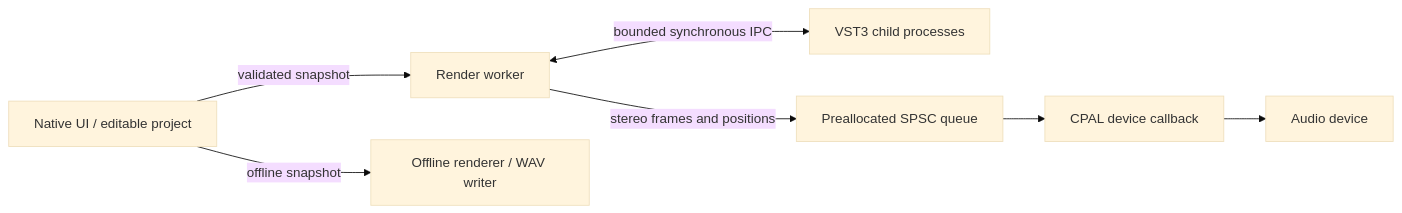
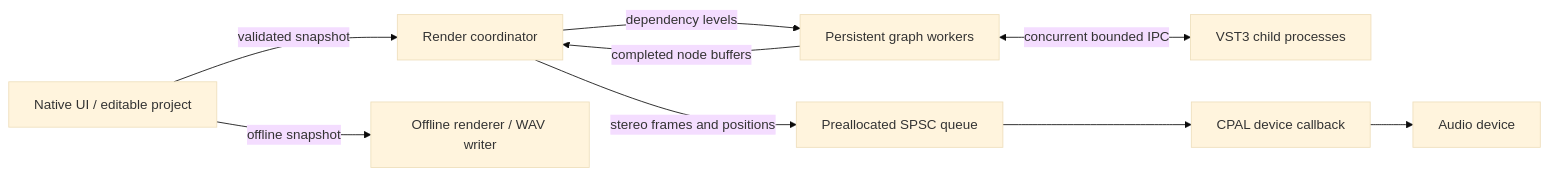
The diagram in docs/ARCHITECTURE.md (protocodus/rill-daw), drawn with Mermaid (base theme) before and after one commit. The commit also changed other lines of this file and 60 other files, not shown here.

Commit message:
Complete isolated VST workflow, parallel rendering, and sequencer mixing

````diff
--- a/docs/ARCHITECTURE.md
+++ b/docs/ARCHITECTURE.md
@@ -15,9 +15,11 @@
 ```mermaid
 flowchart LR
-    UI[Native UI / editable project] -->|validated snapshot| Worker[Render worker]
-    Worker <-->|bounded synchronous IPC| Plugins[VST3 child processes]
+    UI[Native UI / editable project] -->|validated snapshot| Worker[Render coordinator]
+    Worker -->|dependency levels| Pool[Persistent graph workers]
+    Pool <-->|concurrent bounded IPC| Plugins[VST3 child processes]
+    Pool -->|completed node buffers| Worker
     Worker -->|stereo frames and positions| Queue[Preallocated SPSC queue]
     Queue --> Callback[CPAL device callback]
     Callback --> Device[Audio device]
     UI -->|offline snapshot| Export[Offline renderer / WAV writer]
 ```
````
